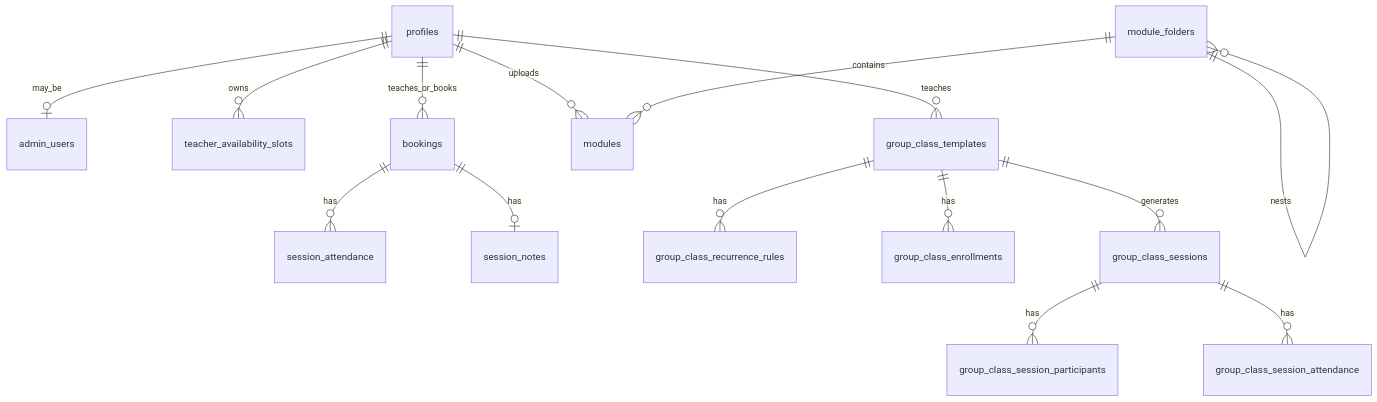
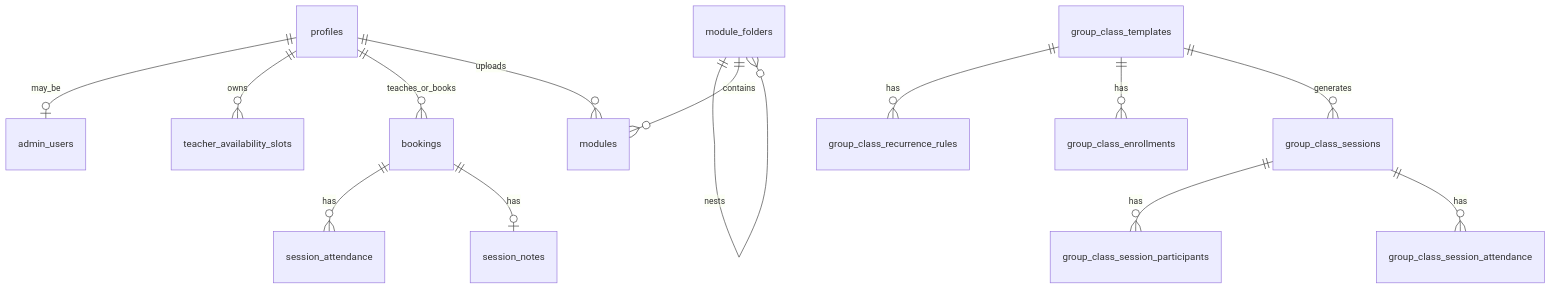
One commit to Miryldeleon/Kora-Thryve-Co changed the third of 7 diagrams in docs/system-overview.md. Above: the diagram before and after it, drawn with Mermaid. The commit also changed other lines of this file and 25 other files, not shown here.

````diff
--- a/docs/system-overview.md
+++ b/docs/system-overview.md
@@ -362,19 +370,18 @@
 ```mermaid
 erDiagram
   profiles ||--o| admin_users : may_be
   profiles ||--o{ teacher_availability_slots : owns
   profiles ||--o{ bookings : teaches_or_books
   bookings ||--o{ session_attendance : has
   bookings ||--o| session_notes : has
 
   profiles ||--o{ modules : uploads
   module_folders ||--o{ module_folders : nests
   module_folders ||--o{ modules : contains
 
-  profiles ||--o{ group_class_templates : teaches
   group_class_templates ||--o{ group_class_recurrence_rules : has
   group_class_templates ||--o{ group_class_enrollments : has
   group_class_templates ||--o{ group_class_sessions : generates
   group_class_sessions ||--o{ group_class_session_participants : has
   group_class_sessions ||--o{ group_class_session_attendance : has
 ```
````
